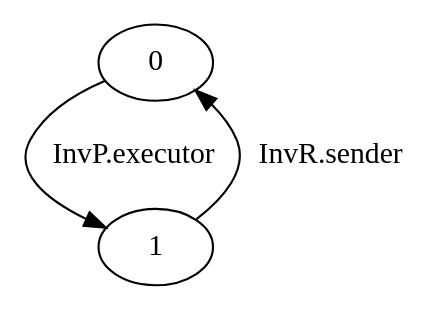
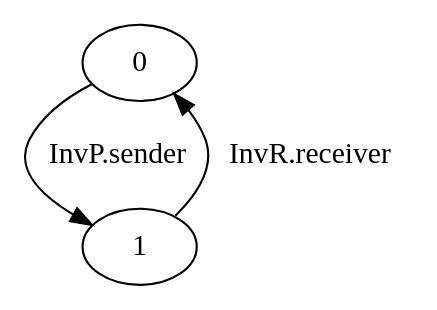
The diagram in src/cspspecs/SenderReceiver/T5.dot (nsrosa70/midarch-go-v13), drawn with Graphviz before and after one commit. The commit also changed 42 other files, not shown here.

```diff
--- a/src/cspspecs/SenderReceiver/T5.dot
+++ b/src/cspspecs/SenderReceiver/T5.dot
@@ -1,4 +1,4 @@
 digraph G {
-  0 -> 1 [ label="InvP.executor" ];
-  1 -> 0 [ label="InvR.sender" ];
+  0 -> 1 [ label="InvP.sender" ];
+  1 -> 0 [ label="InvR.receiver" ];
 }
```
